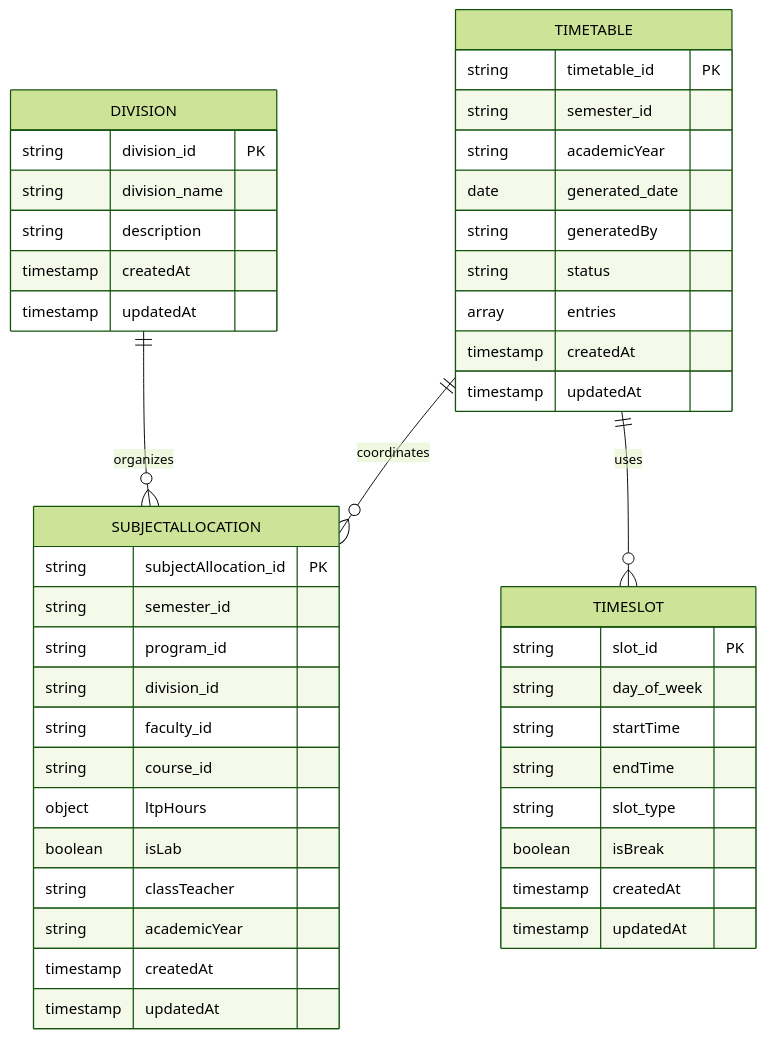
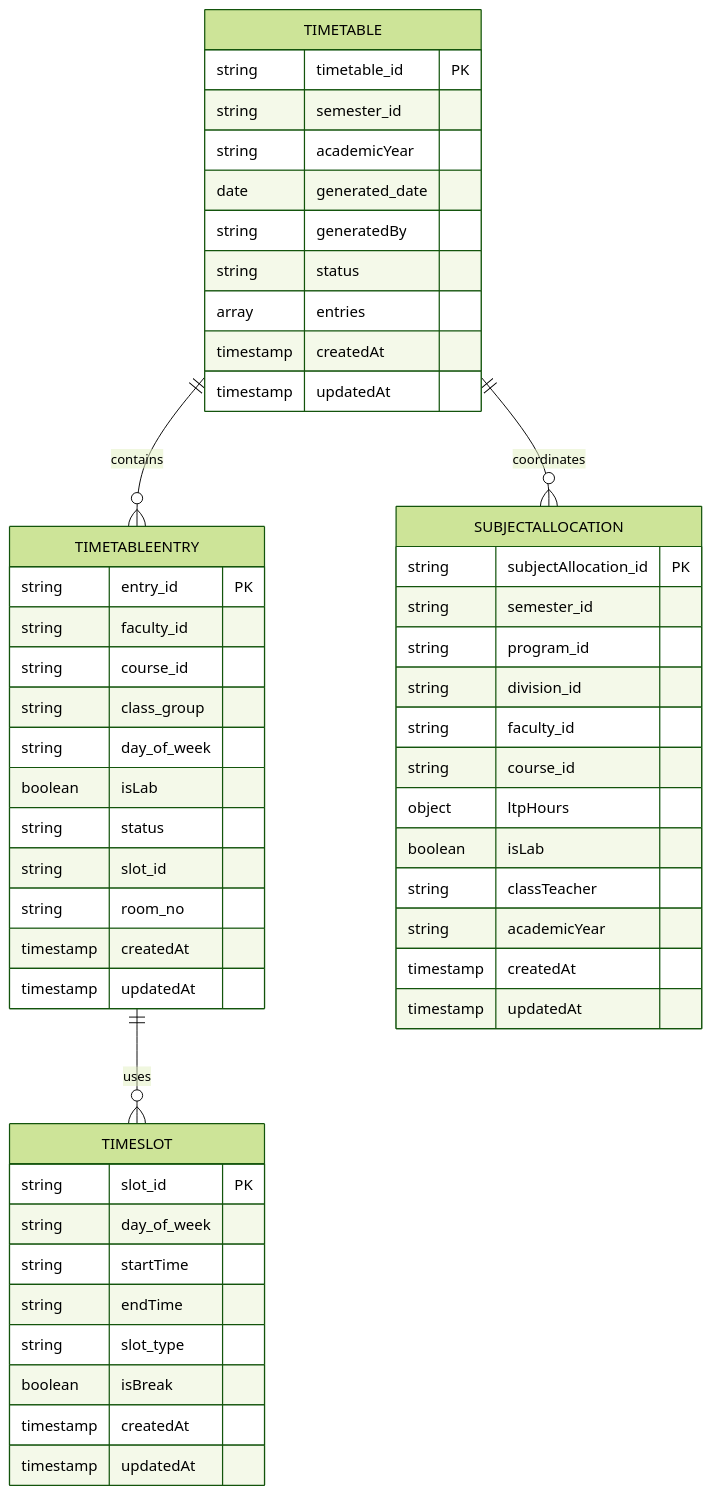
Before and after one commit to Aryan9060/Timetable-Project: the seventh of 10 diagrams in .qoder/repowiki/en/content/Timetable Generation System/Timetable Generation System.md, drawn with Mermaid (forest theme). The commit also changed other lines of this file and 7 other files, not shown here.

````diff
--- a/.qoder/repowiki/en/content/Timetable Generation System/Timetable Generation System.md
+++ b/.qoder/repowiki/en/content/Timetable Generation System/Timetable Generation System.md
@@ -409,48 +429,54 @@
 ```mermaid
 erDiagram
-DIVISION {
-string division_id PK
-string division_name
-string description
-timestamp createdAt
-timestamp updatedAt
-}
 TIMETABLE {
 string timetable_id PK
 string semester_id
 string academicYear
 date generated_date
 string generatedBy
 string status
 array entries
+timestamp createdAt
+timestamp updatedAt
+}
+TIMETABLEENTRY {
+string entry_id PK
+string faculty_id
+string course_id
+string class_group
+string day_of_week
+boolean isLab
+string status
+string slot_id
+string room_no
 timestamp createdAt
 timestamp updatedAt
 }
 SUBJECTALLOCATION {
 string subjectAllocation_id PK
 string semester_id
 string program_id
 string division_id
 string faculty_id
 string course_id
 object ltpHours
 boolean isLab
 string classTeacher
 string academicYear
 timestamp createdAt
 timestamp updatedAt
 }
 TIMESLOT {
 string slot_id PK
 string day_of_week
 string startTime
 string endTime
 string slot_type
 boolean isBreak
 timestamp createdAt
 timestamp updatedAt
 }
-DIVISION ||--o{ SUBJECTALLOCATION : "organizes"
+TIMETABLE ||--o{ TIMETABLEENTRY : "contains"
 TIMETABLE ||--o{ SUBJECTALLOCATION : "coordinates"
-TIMETABLE ||--o{ TIMESLOT : "uses"
+TIMETABLEENTRY ||--o{ TIMESLOT : "uses"
 ```
````
